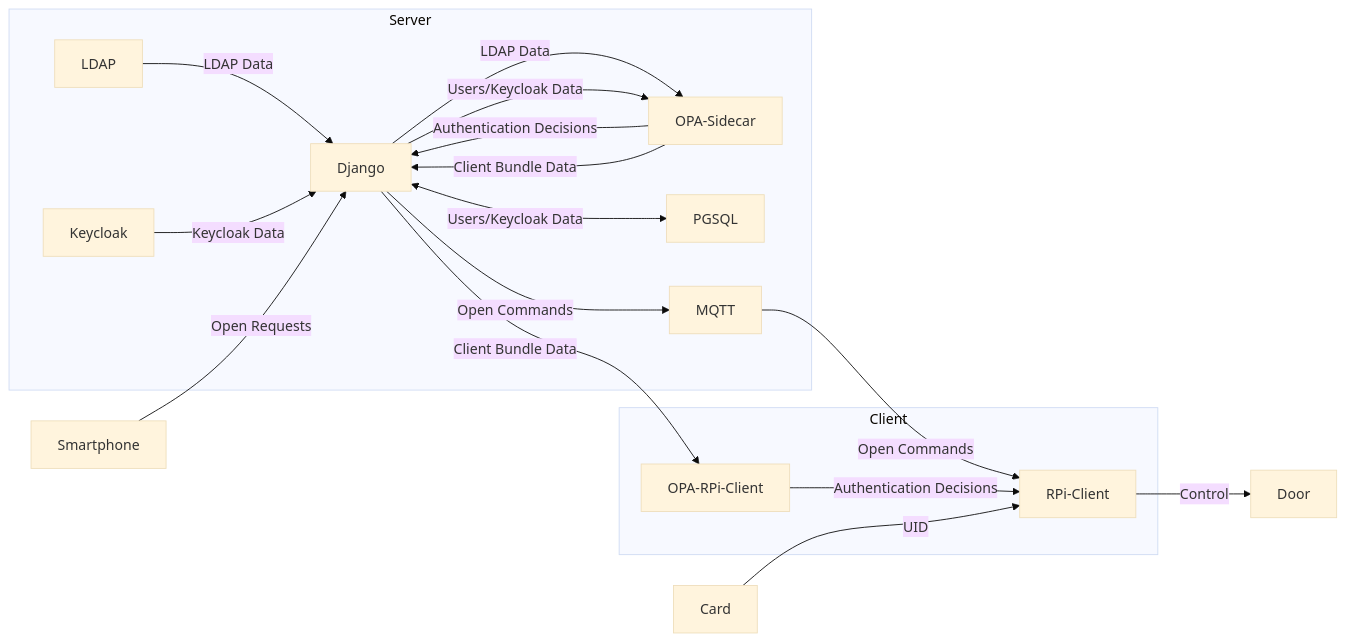
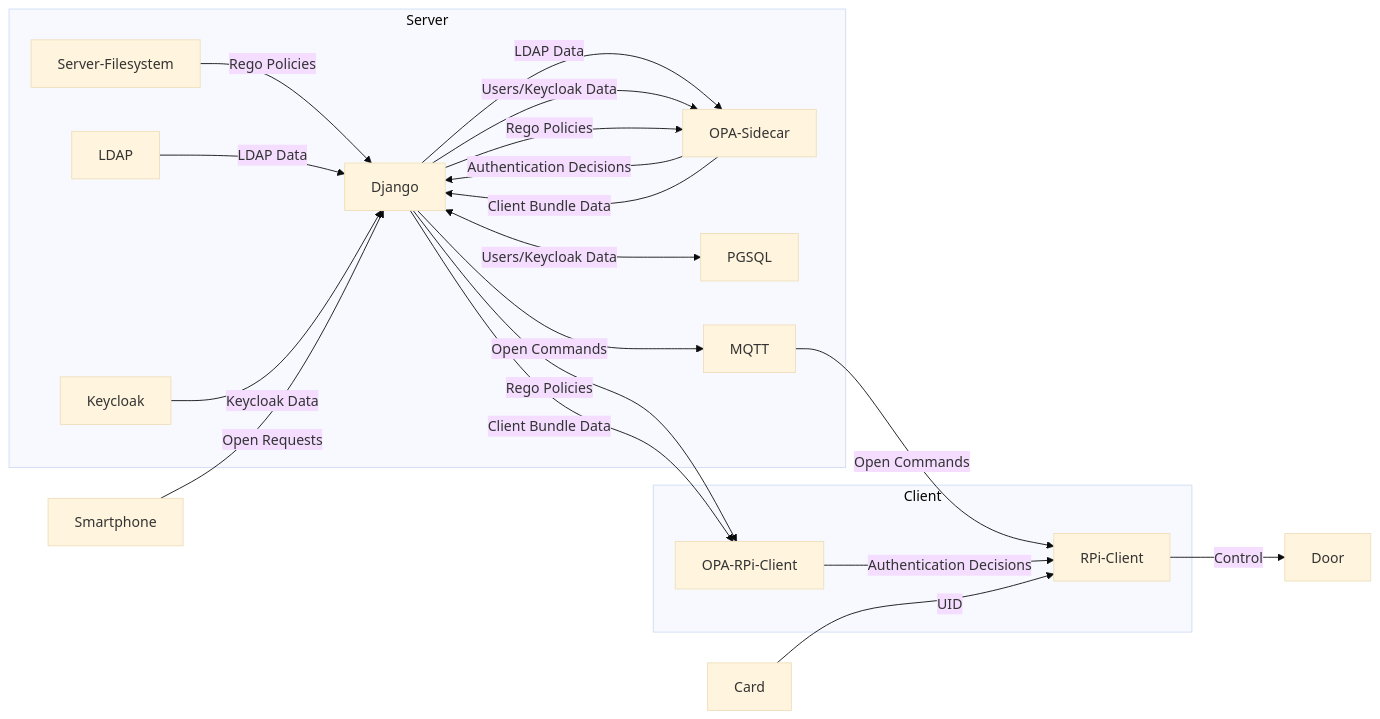
The diagram in README.md (phi1010/django_application_framework), drawn with Mermaid (base theme) before and after one commit.

````diff
--- a/README.md
+++ b/README.md
@@ -50,25 +50,28 @@
 ```mermaid
 flowchart LR
     
     subgraph Server
     Django -->|LDAP Data| OPA-Sidecar 
     Django -->|Users/Keycloak Data| OPA-Sidecar
     Django <-->|Users/Keycloak Data| PGSQL
+    Server-Filesystem -->|Rego Policies| Django
+    Django -->|Rego Policies| OPA-Sidecar
     OPA-Sidecar -->|Authentication Decisions| Django
     OPA-Sidecar -->|Client Bundle Data| Django
     LDAP -->|LDAP Data| Django
     Keycloak -->|Keycloak Data| Django
     Django -->|Open Commands| MQTT
     end
     
     Smartphone -->|Open Requests| Django
     
     subgraph Client
+    Django -->|Rego Policies| OPA-RPi-Client
     Django -->|Client Bundle Data| OPA-RPi-Client
     MQTT -->|Open Commands| RPi-Client 
     OPA-RPi-Client -->|Authentication Decisions| RPi-Client
     end
 
     Card -->|UID| RPi-Client
     RPi-Client -->|Control| Door
 ```
````
